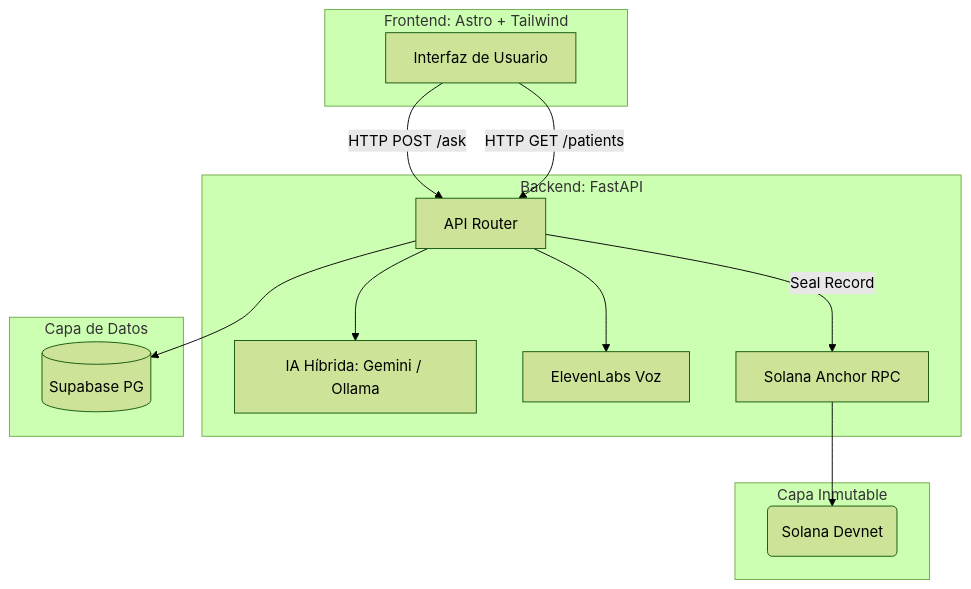
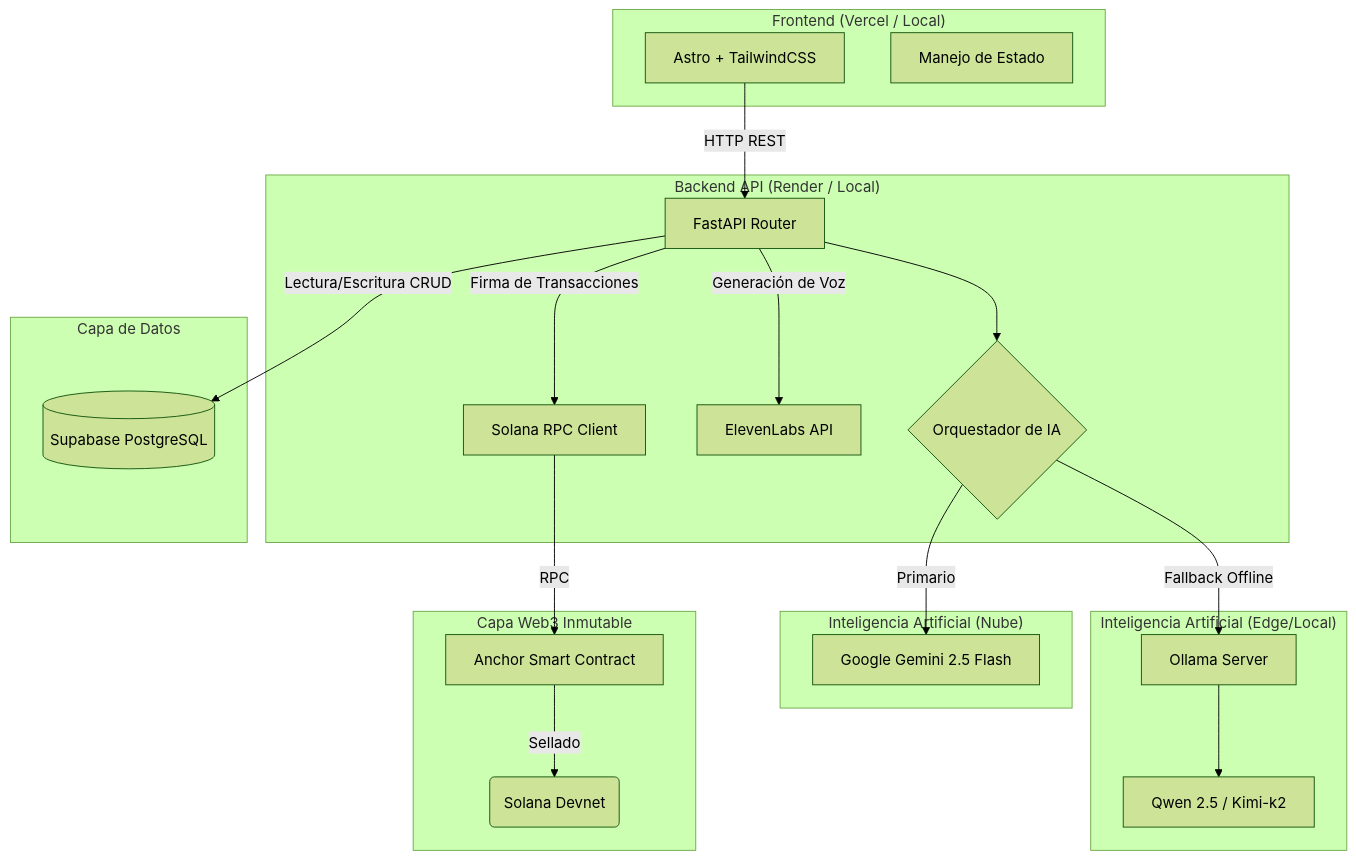
Before and after one commit to CarlosWilliamsR/OpenS-Project: the diagram in README.md, drawn with Mermaid (forest theme). The commit also changed other lines of this file, not shown here.

````diff
--- a/README.md
+++ b/README.md
@@ -40,29 +43,45 @@
 ```mermaid
 graph TD
-    subgraph Frontend [Frontend: Astro + Tailwind]
-        UI[Interfaz de Usuario]
+    subgraph Frontend ["Frontend (Vercel / Local)"]
+        UI[Astro + TailwindCSS]
+        ClientState[Manejo de Estado]
     end
 
-    subgraph Backend [Backend: FastAPI]
-        API[API Router]
-        AI_Fallback[IA Híbrida: Gemini / Ollama]
-        TTS[ElevenLabs Voz]
-        BC[Solana Anchor RPC]
+    subgraph Backend ["Backend API (Render / Local)"]
+        API[FastAPI Router]
+        AI_Orchestrator{Orquestador de IA}
+        TTS[ElevenLabs API]
+        SolanaService[Solana RPC Client]
     end
 
-    subgraph Database [Capa de Datos]
-        Supa[(Supabase PG)]
+    subgraph IA_Cloud ["Inteligencia Artificial (Nube)"]
+        Gemini[Google Gemini 2.5 Flash]
     end
 
-    subgraph Blockchain [Capa Inmutable]
-        Sol(Solana Devnet)
+    subgraph IA_Local ["Inteligencia Artificial (Edge/Local)"]
+        Ollama[Ollama Server]
+        Qwen[Qwen 2.5 / Kimi-k2]
     end
 
-    UI -->|HTTP POST /ask| API
-    UI -->|HTTP GET /patients| API
-    API --> AI_Fallback
-    API --> TTS
-    API --> Supa
-    API -->|Seal Record| BC
-    BC --> Sol
+    subgraph Database ["Capa de Datos"]
+        Supa[(Supabase PostgreSQL)]
+    end
+
+    subgraph Blockchain ["Capa Web3 Inmutable"]
+        Sol(Solana Devnet)
+        Anchor[Anchor Smart Contract]
+    end
+
+    UI -->|HTTP REST| API
+    API --> AI_Orchestrator
+    AI_Orchestrator -->|Primario| Gemini
+    AI_Orchestrator -->|Fallback Offline| Ollama
+    Ollama --> Qwen
+    
+    API -->|Generación de Voz| TTS
+    API -->|Lectura/Escritura CRUD| Supa
+    
+    API -->|Firma de Transacciones| SolanaService
+    SolanaService -->|RPC| Anchor
+    Anchor -->|Sellado| Sol
 ```
````
